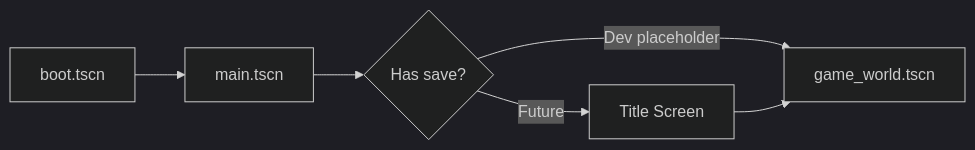
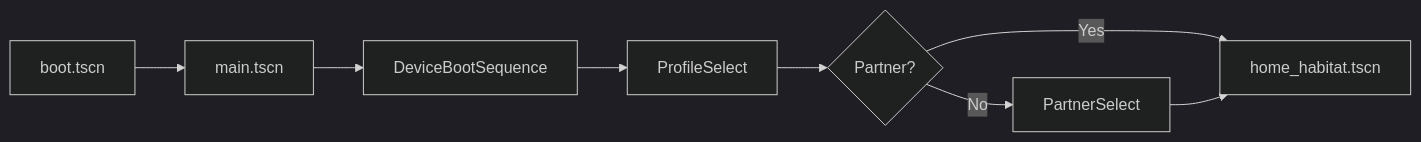
Before and after one commit to crossleyclark5-beep/a-video-game: the diagram in digital-frontier/docs/SCENE_ARCHITECTURE.md, drawn with Mermaid (dark theme). The commit also changed other lines of this file and 25 other files, not shown here.

````diff
--- a/digital-frontier/docs/SCENE_ARCHITECTURE.md
+++ b/digital-frontier/docs/SCENE_ARCHITECTURE.md
@@ -24,8 +24,10 @@
 ```mermaid
 flowchart LR
     A[boot.tscn] --> B[main.tscn]
-    B --> C{Has save?}
-    C -->|Future| D[Title Screen]
-    C -->|Dev placeholder| E[game_world.tscn]
-    D --> E
+    B --> C[DeviceBootSequence]
+    C --> D[ProfileSelect]
+    D --> E{Partner?}
+    E -->|No| F[PartnerSelect]
+    E -->|Yes| G[home_habitat.tscn]
+    F --> G
 ```
````
